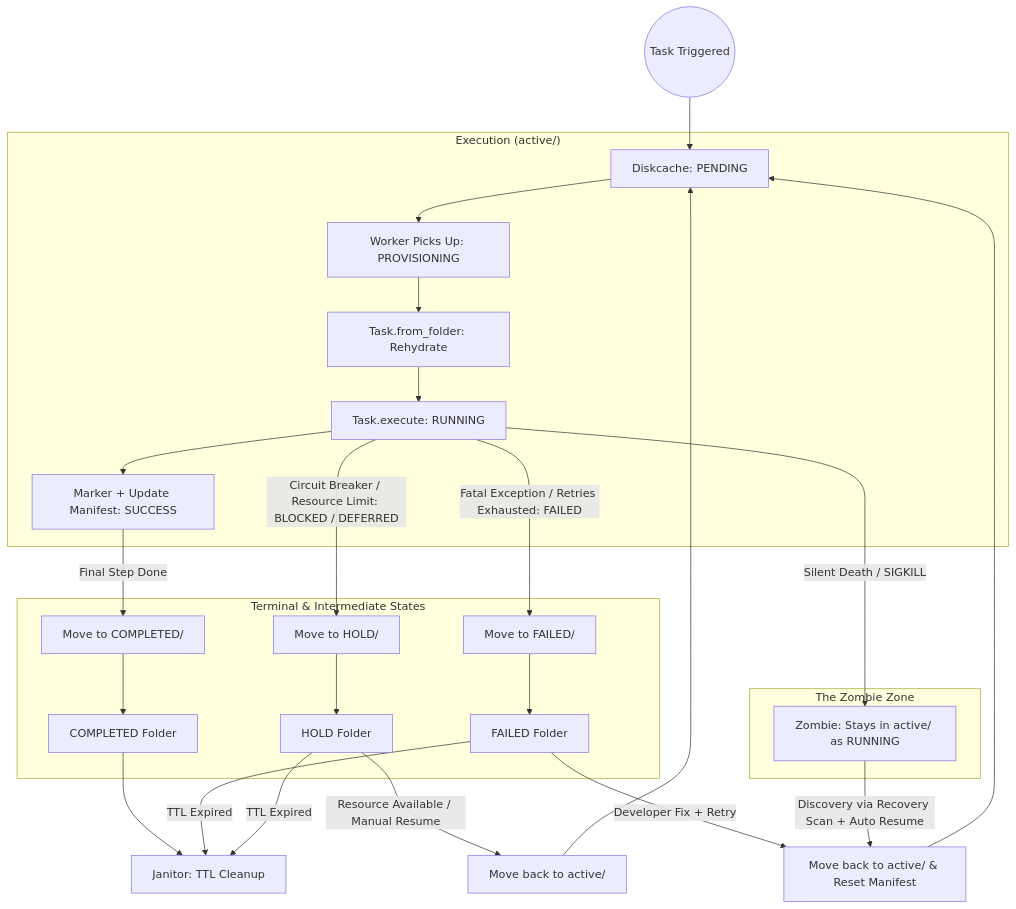
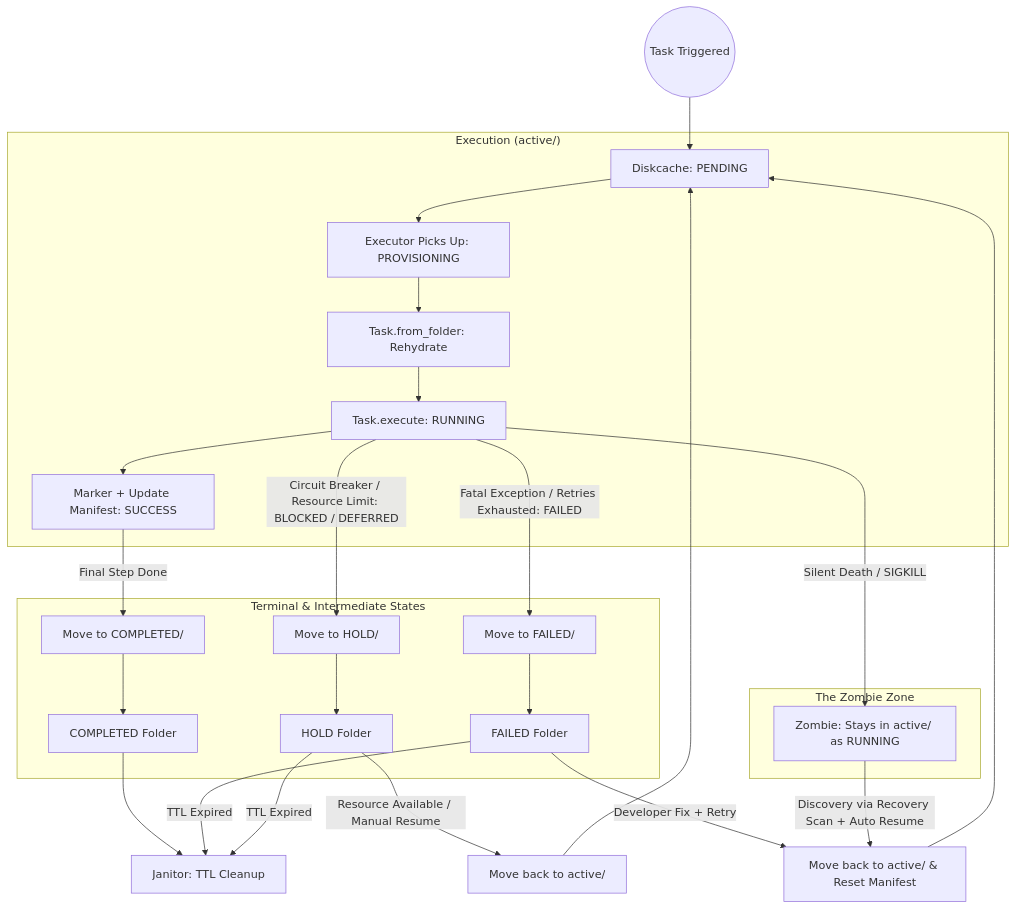
One commit to RaymondOnn/data-ops-toolkit changed the second of 2 diagrams in apps/ingestion/src/core/models/stages/job_lifecycle_folder_structure.md. Above: the diagram before and after it, drawn with Mermaid. The commit also changed other lines of this file and 23 other files, not shown here.

````diff
--- a/apps/ingestion/src/core/models/stages/job_lifecycle_folder_structure.md
+++ b/apps/ingestion/src/core/models/stages/job_lifecycle_folder_structure.md
@@ -138,42 +138,42 @@
 ```mermaid
 graph TD
     Trigger((Task Triggered)) --> Queue[Diskcache: PENDING]
     
     subgraph "Execution (active/)"
-        Queue --> Worker[Worker Picks Up: PROVISIONING]
-        Worker --> Init[Task.from_folder: Rehydrate]
+        Queue --> Executor[Executor Picks Up: PROVISIONING]
+        Executor --> Init[Task.from_folder: Rehydrate]
         Init --> Process[Task.execute: RUNNING]
         Process --> Mark[Marker + Update Manifest: SUCCESS]
     end
 
     %% State Transitions
     Process -- "Circuit Breaker / Resource Limit: BLOCKED / DEFERRED" --> HOLD_PROC[Move to HOLD/]
     Process -- "Fatal Exception / Retries Exhausted: FAILED" --> FAIL_PROC[Move to FAILED/]
     Mark -- "Final Step Done" --> COMP_PROC[Move to COMPLETED/]
 
     subgraph "Terminal & Intermediate States"
         HOLD_PROC --> H[HOLD Folder]
         FAIL_PROC --> F[FAILED Folder]
         COMP_PROC --> C[COMPLETED Folder]
     end
 
     subgraph "The Zombie Zone"
         Process -- "Silent Death / SIGKILL" --> Zombie[Zombie: Stays in active/ as RUNNING]
     end
 
 
     %% Recovery / Manual Intervention
     H -- "Resource Available / Manual Resume" --> Resume[Move back to active/]
     Resume --> Queue
     
     F -- "Developer Fix + Retry" --> Retry[Move back to active/ & Reset Manifest]
     Retry --> Queue
 
     Zombie -- "Discovery via Recovery Scan + Auto Resume" --> Retry[Move back to active/ & Reset Manifest]
     
 
     %% Cleanup
     C --> Janitor[Janitor: TTL Cleanup]
     F -- "TTL Expired" --> Janitor
     H -- "TTL Expired" --> Janitor
 ```
````
